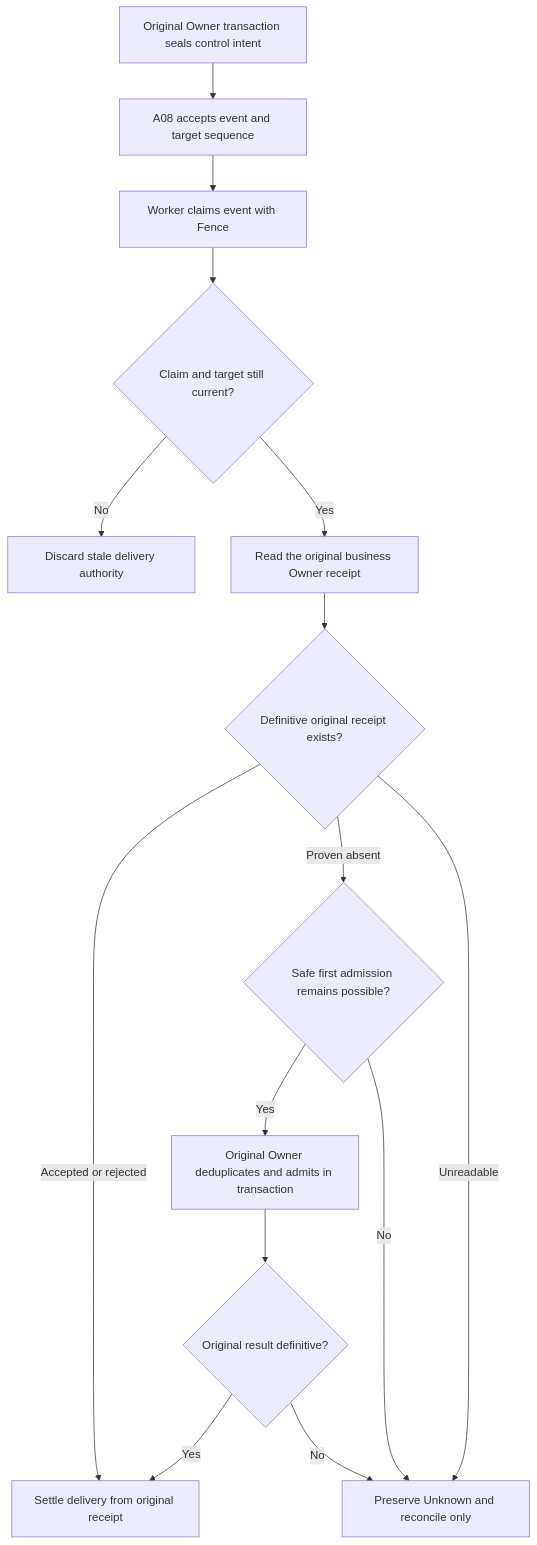
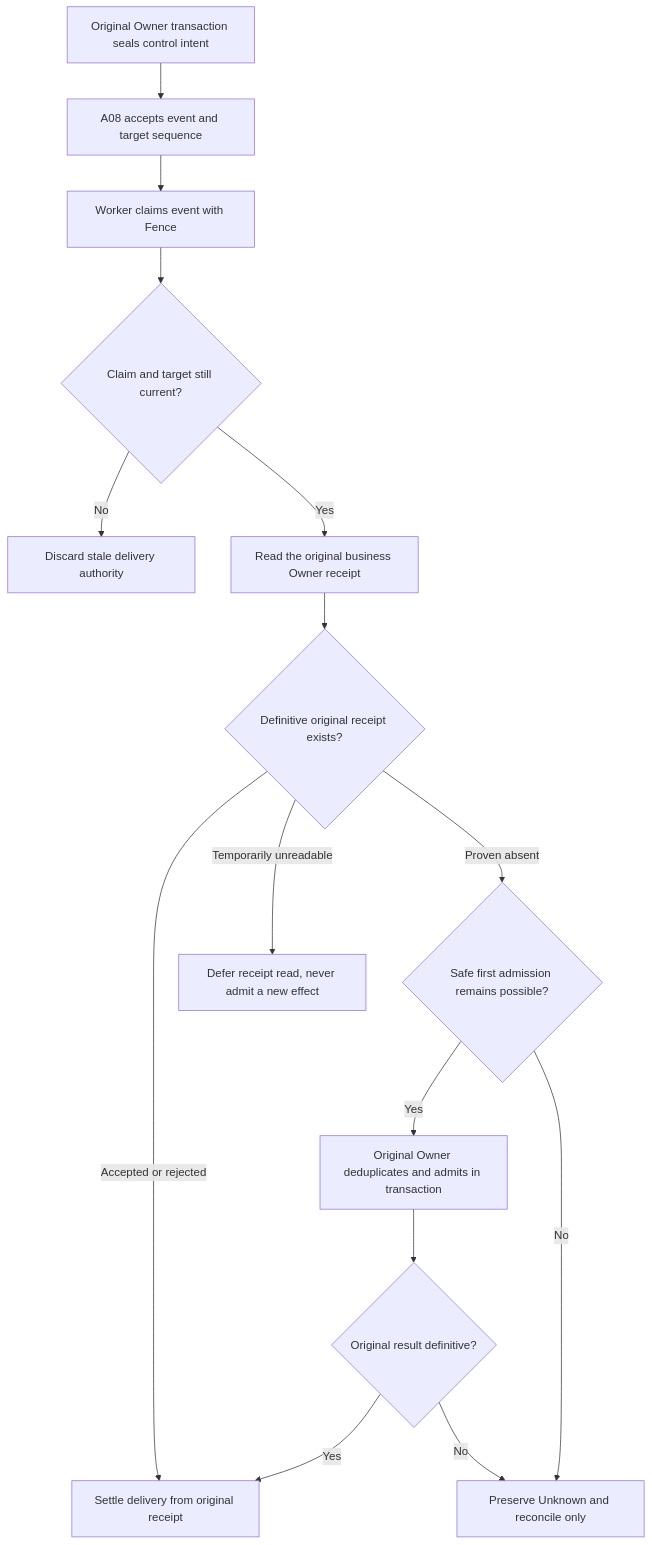
One commit to hpoenixf/eff-agent-article changed the diagram in en/articles/agent-control-events-durable-owner-adoption.md. Above: the diagram before and after it, drawn with Mermaid. The commit also changed other lines of this file, not shown here.

Commit message:
docs(A08): distinguish pre-admission receipt-read deferral from uncertain effect reconciliation

````diff
--- a/en/articles/agent-control-events-durable-owner-adoption.md
+++ b/en/articles/agent-control-events-durable-owner-adoption.md
@@ -46,17 +46,17 @@
 ```mermaid
 flowchart TD
   A[Original Owner transaction seals control intent] --> B[A08 accepts event and target sequence]
   B --> C[Worker claims event with Fence]
   C --> D{Claim and target still current?}
   D -- No --> E[Discard stale delivery authority]
   D -- Yes --> F[Read the original business Owner receipt]
   F --> G{Definitive original receipt exists?}
   G -- Accepted or rejected --> H[Settle delivery from original receipt]
   G -- Proven absent --> I{Safe first admission remains possible?}
   I -- Yes --> J[Original Owner deduplicates and admits in transaction]
   J --> K{Original result definitive?}
   K -- Yes --> H
   K -- No --> L[Preserve Unknown and reconcile only]
   I -- No --> L
-  G -- Unreadable --> L
+  G -- Temporarily unreadable --> M[Defer receipt read, never admit a new effect]
 ```
````
